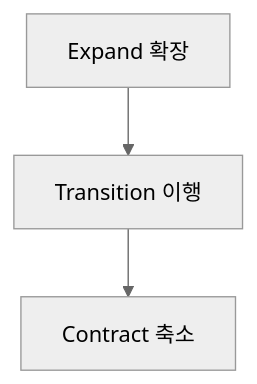
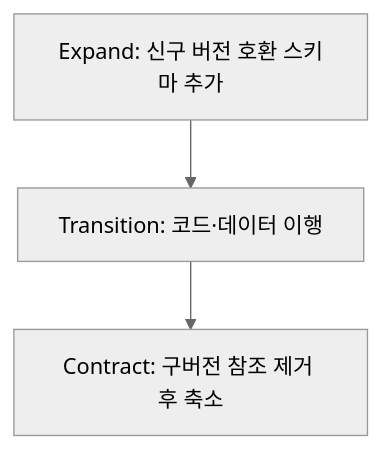
The third of 3 diagrams in src/content/docs/notes/itpe/02-software-engineering/007_zero_downtime_deployment.md (agnusdei1207/study), drawn with Mermaid (neutral theme) before and after one commit. The commit also changed other lines of this file, not shown here.

Commit message:
Tighten zero-downtime deployment answer and diagrams

````diff
--- a/src/content/docs/notes/itpe/02-software-engineering/007_zero_downtime_deployment.md
+++ b/src/content/docs/notes/itpe/02-software-engineering/007_zero_downtime_deployment.md
@@ -107,4 +108,4 @@
 ```mermaid
-flowchart TB
-    P1["Expand 확장"] --> P2["Transition 이행"] --> P3["Contract 축소"]
+flowchart TD
+    P1["Expand: 신구 버전 호환 스키마 추가"] --> P2["Transition: 코드·데이터 이행"] --> P3["Contract: 구버전 참조 제거 후 축소"]
 ```
````
